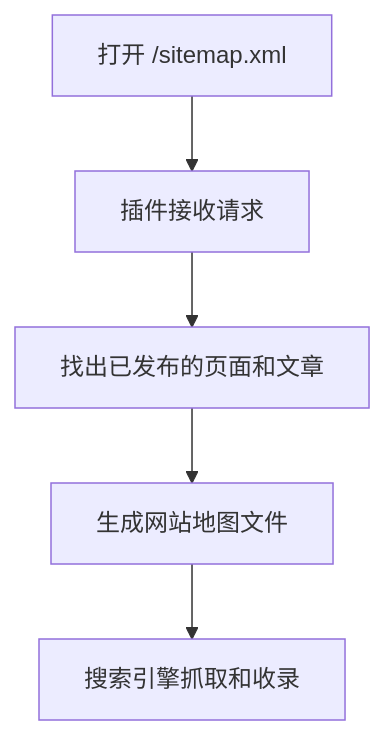
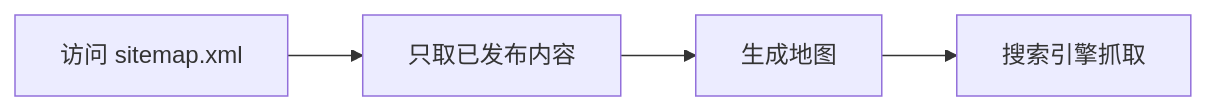
One commit to JUYIKEJI/sitemap changed the diagram in README.md. Above: the diagram before and after it, drawn with Mermaid. The commit also changed other lines of this file, not shown here.

Commit message:
重新排版简介：只留一张流程图，合并重复的 WordPress 提示，版本记录改成表格

````diff
--- a/README.md
+++ b/README.md
@@ -12,7 +26,4 @@
 ```mermaid
-flowchart TD
-    A[打开 /sitemap.xml] --> B[插件接收请求]
-    B --> C[找出已发布的页面和文章]
-    C --> D[生成网站地图文件]
-    D --> E[搜索引擎抓取和收录]
+flowchart LR
+    A[访问 sitemap.xml] --> B[只取已发布内容] --> C[生成地图] --> D[搜索引擎抓取]
 ```
````
